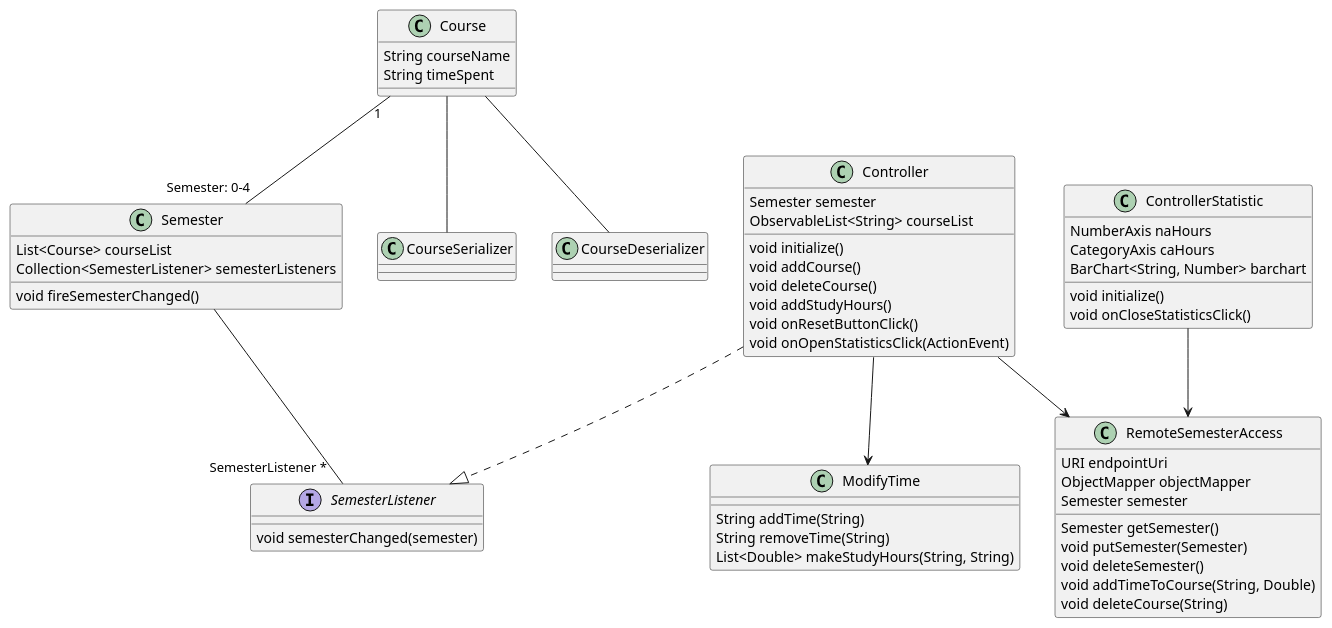
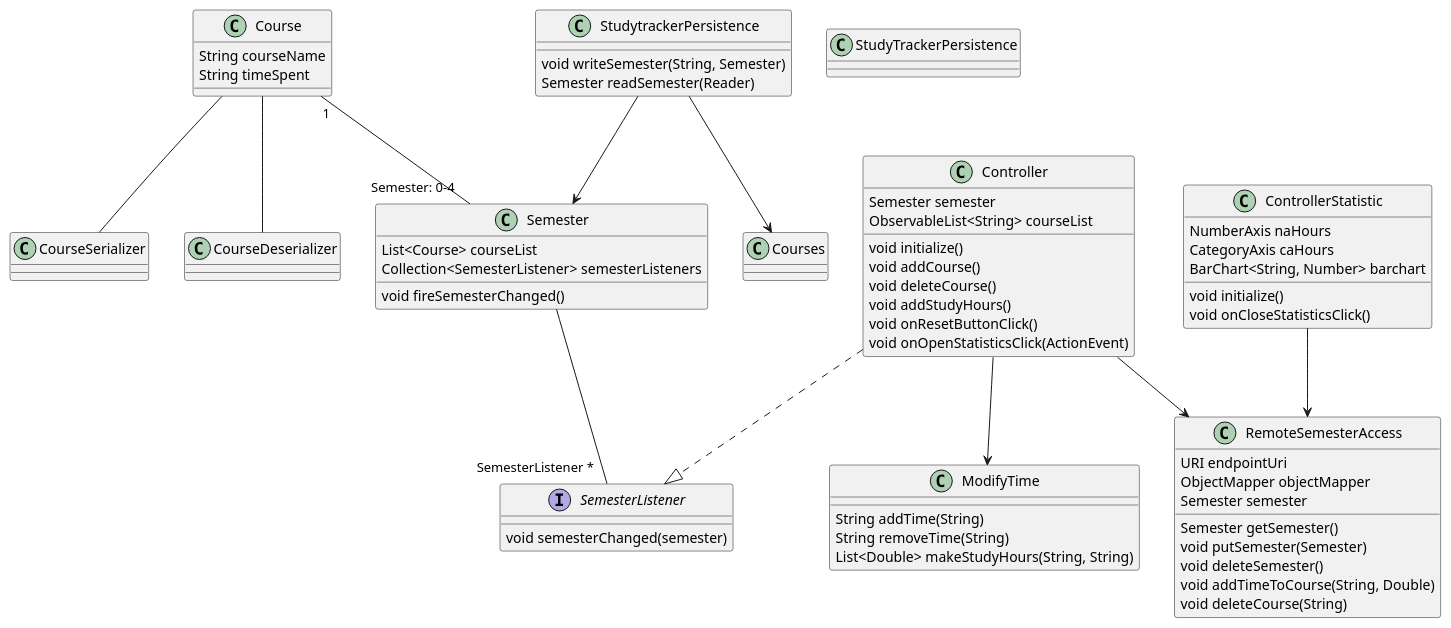
One commit to bmksimons/studytracker changed the second of 4 diagrams in IT1901/README.md. Above: the diagram before and after it, drawn with PlantUML.

````diff
--- a/IT1901/README.md
+++ b/IT1901/README.md
@@ -104,59 +104,63 @@
 ```plantuml
 @startuml
 interface SemesterListener
 class Course
 class Semester
-class CourseSerializer
-class CourseDeserializer
 class Controller
 class ControllerStatistic
 class RemoteSemesterAccess
 class ModifyTime
+class StudyTrackerPersistence
 
 Course "1" -- "Semester: 0-4" Semester
 Controller ..|> SemesterListener
 Semester -- "SemesterListener *" SemesterListener
 Course -- CourseSerializer
 Course -- CourseDeserializer
 Controller --> RemoteSemesterAccess
 ControllerStatistic --> RemoteSemesterAccess
 Controller --> ModifyTime
+
+StudytrackerPersistence --> Semester
+StudytrackerPersistence --> Courses
 
 Course : String courseName
 Course : String timeSpent
 Semester : List<Course> courseList
 Semester : Collection<SemesterListener> semesterListeners
 Semester : void fireSemesterChanged()
 SemesterListener : void semesterChanged(semester)
 
 Controller : Semester semester
 Controller : ObservableList<String> courseList
 Controller : void initialize()
 Controller : void addCourse()
 Controller : void deleteCourse()
 Controller : void addStudyHours()
 Controller : void onResetButtonClick()
 Controller : void onOpenStatisticsClick(ActionEvent)
-
 
 ControllerStatistic : NumberAxis naHours
 ControllerStatistic : CategoryAxis caHours
 ControllerStatistic : BarChart<String, Number> barchart
 ControllerStatistic : void initialize()
 ControllerStatistic : void onCloseStatisticsClick()
 
 RemoteSemesterAccess : URI endpointUri
 RemoteSemesterAccess : ObjectMapper objectMapper
 RemoteSemesterAccess : Semester semester
 RemoteSemesterAccess : Semester getSemester()
 RemoteSemesterAccess : void putSemester(Semester)
 RemoteSemesterAccess : void deleteSemester()
 RemoteSemesterAccess : void addTimeToCourse(String, Double)
 RemoteSemesterAccess : void deleteCourse(String)
 
 ModifyTime : String addTime(String)
 ModifyTime : String removeTime(String)
 ModifyTime : List<Double> makeStudyHours(String, String)
 
+StudytrackerPersistence : void writeSemester(String, Semester)
+StudytrackerPersistence : Semester readSemester(Reader)
+
 @enduml
 ```
````
